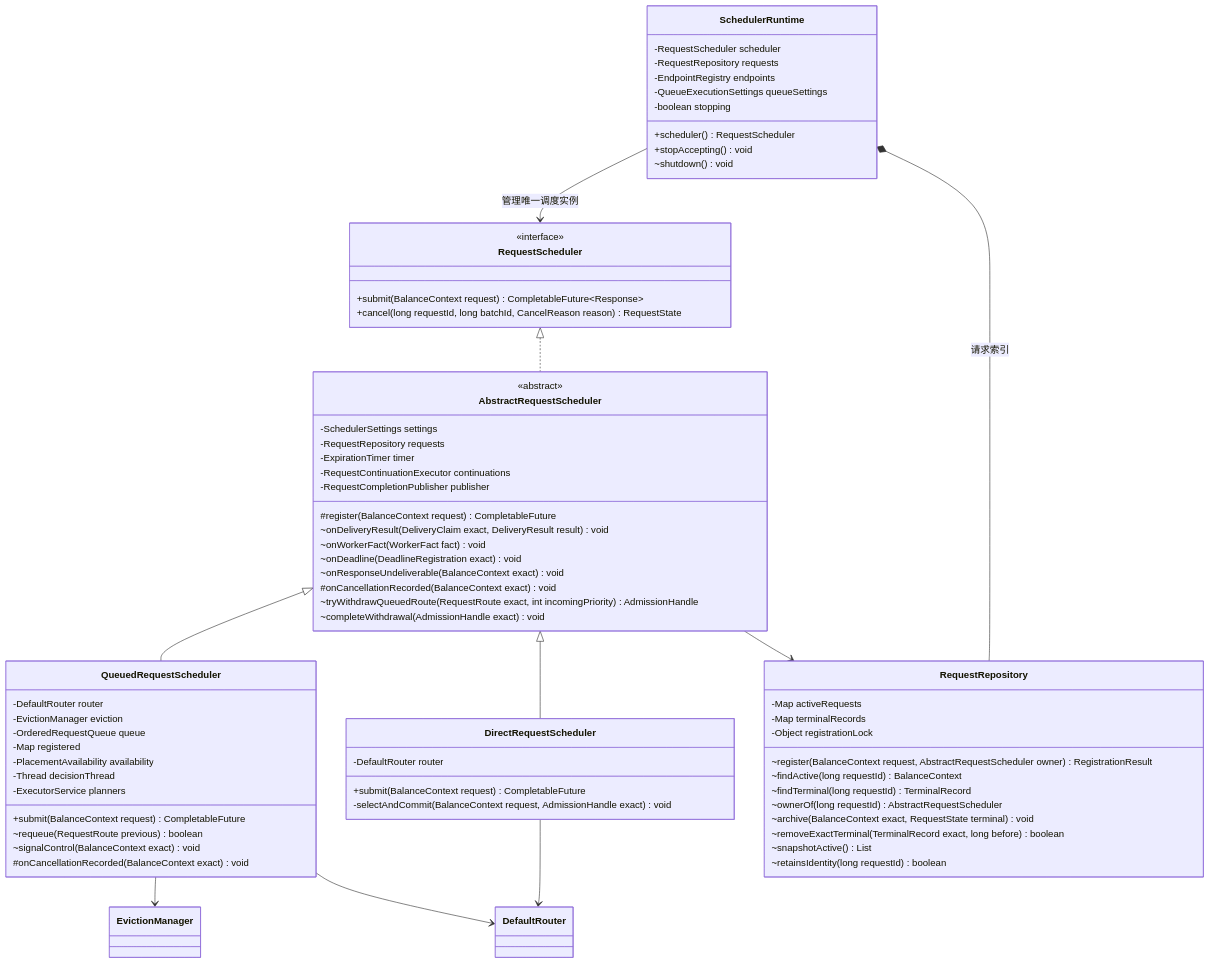
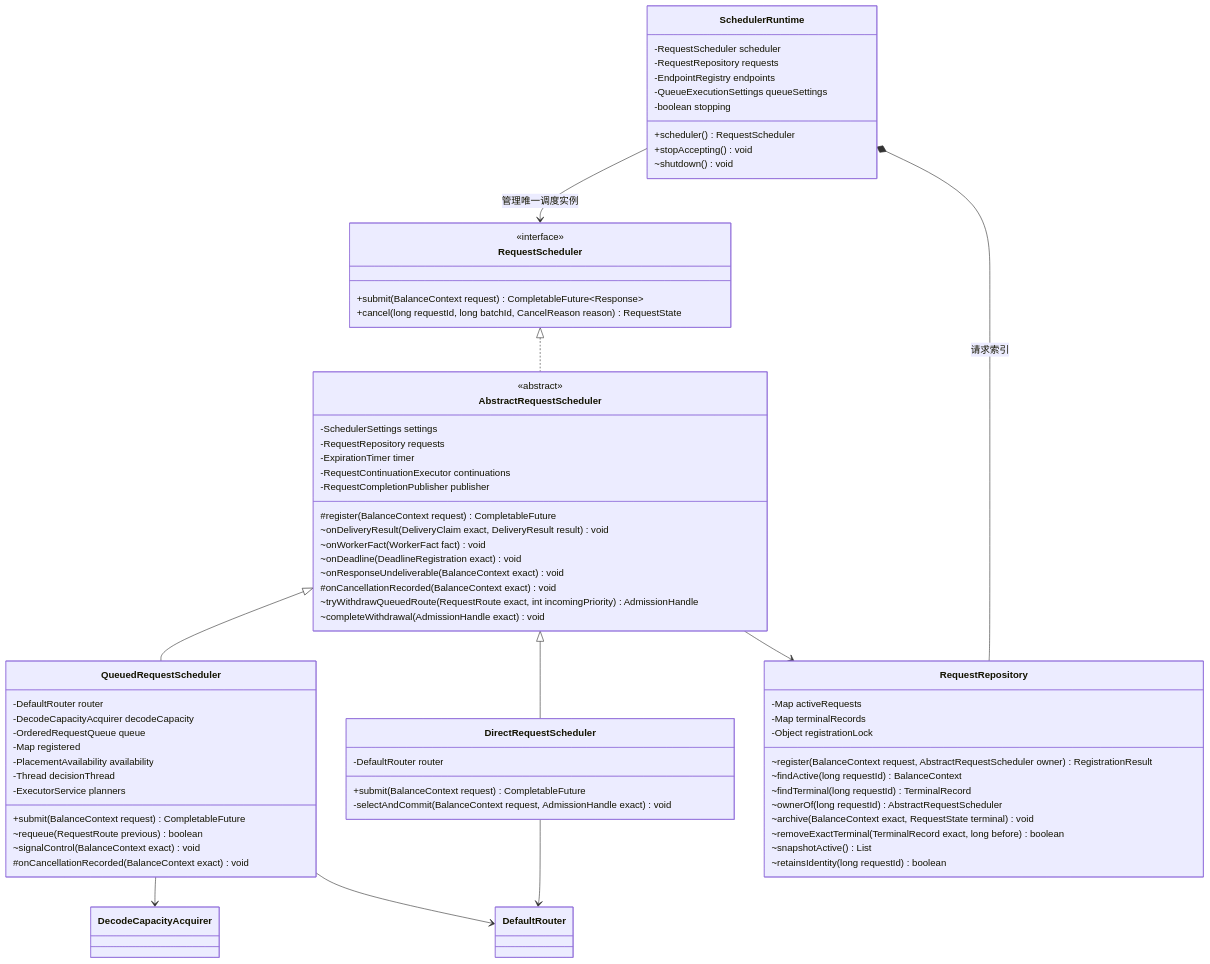
The first of 2 diagrams in rtp_llm/flexlb/docs/scheduler-design/target-class-api-review.md (MincongZhou/rtp-llm), drawn with Mermaid before and after one commit. The commit also changed other lines of this file and 40 other files, not shown here.

Commit message:
refactor(flexlb): unify decode reclamation and request preemption ownership

````diff
--- a/rtp_llm/flexlb/docs/scheduler-design/target-class-api-review.md
+++ b/rtp_llm/flexlb/docs/scheduler-design/target-class-api-review.md
@@ -28,75 +28,75 @@
 ```mermaid
 classDiagram
     direction TB
     class RequestScheduler {
         <<interface>>
         +submit(BalanceContext request) CompletableFuture~Response~
         +cancel(long requestId, long batchId, CancelReason reason) RequestState
     }
     class AbstractRequestScheduler {
         <<abstract>>
         -SchedulerSettings settings
         -RequestRepository requests
         -ExpirationTimer timer
         -RequestContinuationExecutor continuations
         -RequestCompletionPublisher publisher
         #register(BalanceContext request) CompletableFuture
         ~onDeliveryResult(DeliveryClaim exact, DeliveryResult result) void
         ~onWorkerFact(WorkerFact fact) void
         ~onDeadline(DeadlineRegistration exact) void
         ~onResponseUndeliverable(BalanceContext exact) void
         #onCancellationRecorded(BalanceContext exact) void
         ~tryWithdrawQueuedRoute(RequestRoute exact, int incomingPriority) AdmissionHandle
         ~completeWithdrawal(AdmissionHandle exact) void
     }
     class DirectRequestScheduler {
         -DefaultRouter router
         +submit(BalanceContext request) CompletableFuture
         -selectAndCommit(BalanceContext request, AdmissionHandle exact) void
     }
     class QueuedRequestScheduler {
         -DefaultRouter router
-        -EvictionManager eviction
+        -DecodeCapacityAcquirer decodeCapacity
         -OrderedRequestQueue queue
         -Map registered
         -PlacementAvailability availability
         -Thread decisionThread
         -ExecutorService planners
         +submit(BalanceContext request) CompletableFuture
         ~requeue(RequestRoute previous) boolean
         ~signalControl(BalanceContext exact) void
         #onCancellationRecorded(BalanceContext exact) void
     }
     class SchedulerRuntime {
         -RequestScheduler scheduler
         -RequestRepository requests
         -EndpointRegistry endpoints
         -QueueExecutionSettings queueSettings
         -boolean stopping
         +scheduler() RequestScheduler
         +stopAccepting() void
         ~shutdown() void
     }
     class RequestRepository {
         -Map activeRequests
         -Map terminalRecords
         -Object registrationLock
         ~register(BalanceContext request, AbstractRequestScheduler owner) RegistrationResult
         ~findActive(long requestId) BalanceContext
         ~findTerminal(long requestId) TerminalRecord
         ~ownerOf(long requestId) AbstractRequestScheduler
         ~archive(BalanceContext exact, RequestState terminal) void
         ~removeExactTerminal(TerminalRecord exact, long before) boolean
         ~snapshotActive() List
         ~retainsIdentity(long requestId) boolean
     }
     RequestScheduler <|.. AbstractRequestScheduler
     AbstractRequestScheduler <|-- DirectRequestScheduler
     AbstractRequestScheduler <|-- QueuedRequestScheduler
     SchedulerRuntime --> RequestScheduler : 管理唯一调度实例
     SchedulerRuntime *-- RequestRepository : 请求索引
     AbstractRequestScheduler --> RequestRepository
-    QueuedRequestScheduler --> EvictionManager
+    QueuedRequestScheduler --> DecodeCapacityAcquirer
     DirectRequestScheduler --> DefaultRouter
     QueuedRequestScheduler --> DefaultRouter
 ```
````
